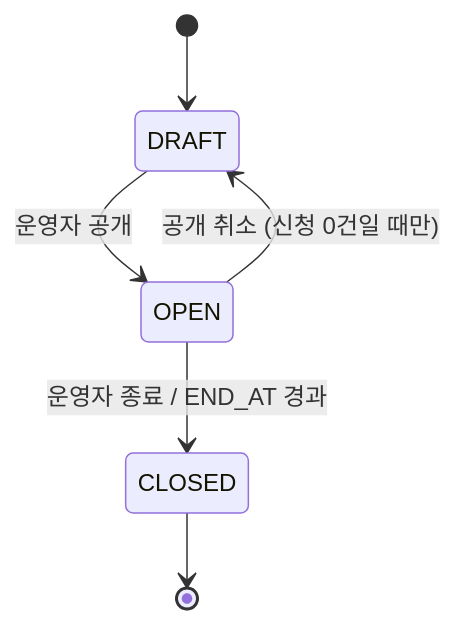
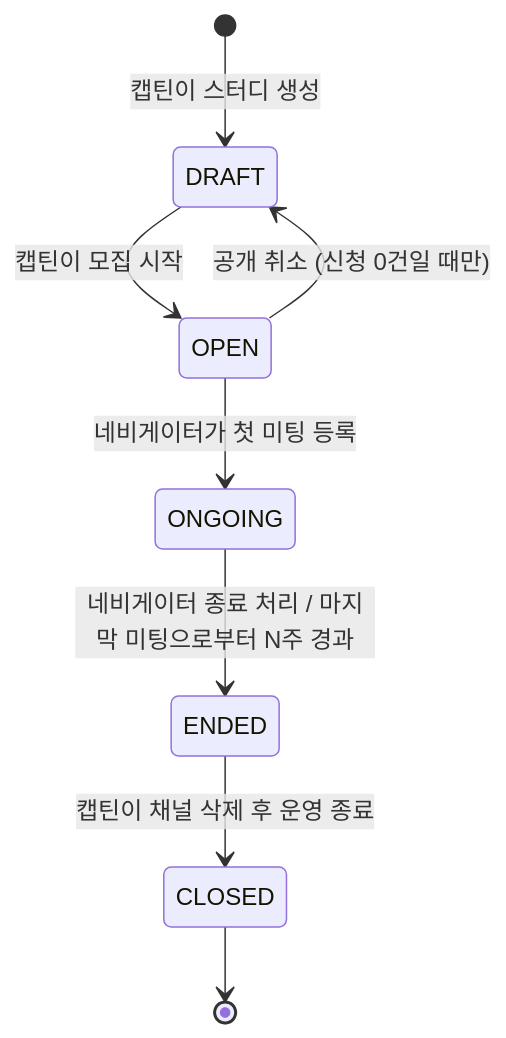
The diagram in docs/erd/STUDY.md (StudyClub-PlusPlus/studyclub-engineering), drawn with Mermaid before and after one commit. The commit also changed other lines of this file and 46 other files, not shown here.

````diff
--- a/docs/erd/STUDY.md
+++ b/docs/erd/STUDY.md
@@ -54,8 +59,10 @@
 ```mermaid
 stateDiagram-v2
-  [*] --> DRAFT
-  DRAFT --> OPEN : 운영자 공개
+  [*] --> DRAFT : 캡틴이 스터디 생성
+  DRAFT --> OPEN : 캡틴이 모집 시작
   OPEN --> DRAFT : 공개 취소 (신청 0건일 때만)
-  OPEN --> CLOSED : 운영자 종료 / END_AT 경과
+  OPEN --> ONGOING : 네비게이터가 첫 미팅 등록
+  ONGOING --> ENDED : 네비게이터 종료 처리 / 마지막 미팅으로부터 N주 경과
+  ENDED --> CLOSED : 캡틴이 채널 삭제 후 운영 종료
   CLOSED --> [*]
 ```
````
